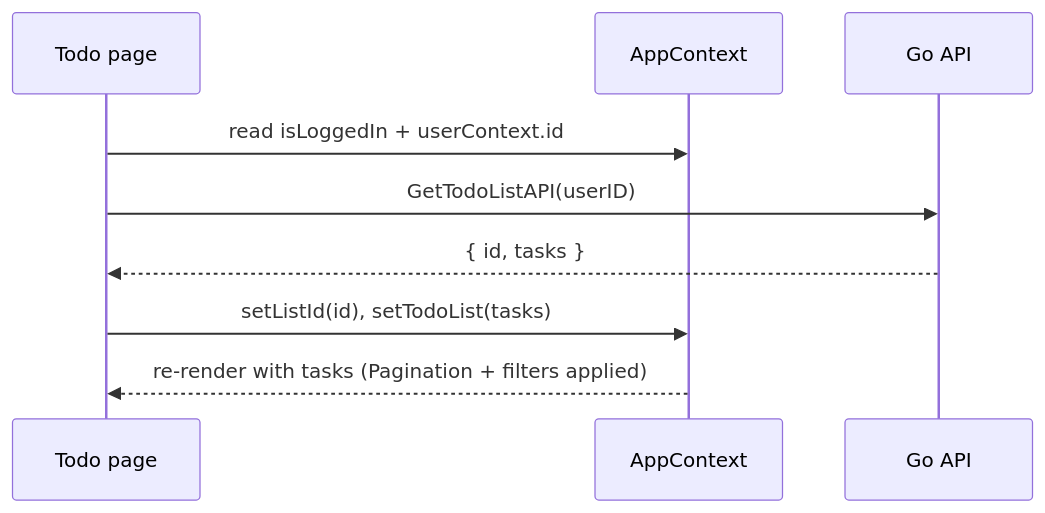
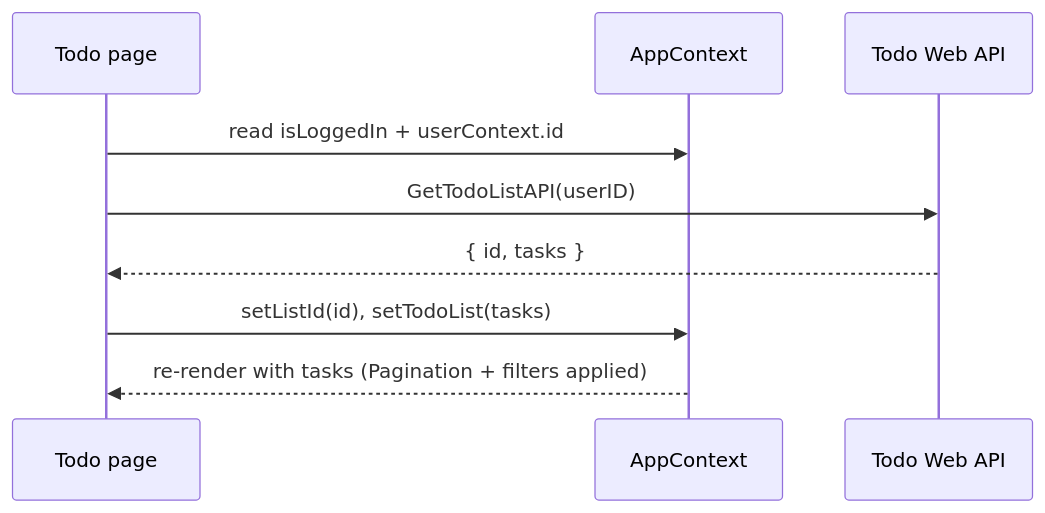
The third of 3 diagrams in README.md (YawDev/todo-app-react), drawn with Mermaid before and after one commit. The commit also changed other lines of this file and 1 other file, not shown here.

````diff
--- a/README.md
+++ b/README.md
@@ -149,12 +149,12 @@
 ```mermaid
 sequenceDiagram
     participant Todo as Todo page
     participant Ctx as AppContext
-    participant API as Go API
+    participant API as Todo Web API
 
     Todo->>Ctx: read isLoggedIn + userContext.id
     Todo->>API: GetTodoListAPI(userID)
     API-->>Todo: { id, tasks }
     Todo->>Ctx: setListId(id), setTodoList(tasks)
     Ctx-->>Todo: re-render with tasks (Pagination + filters applied)
 ```
````
